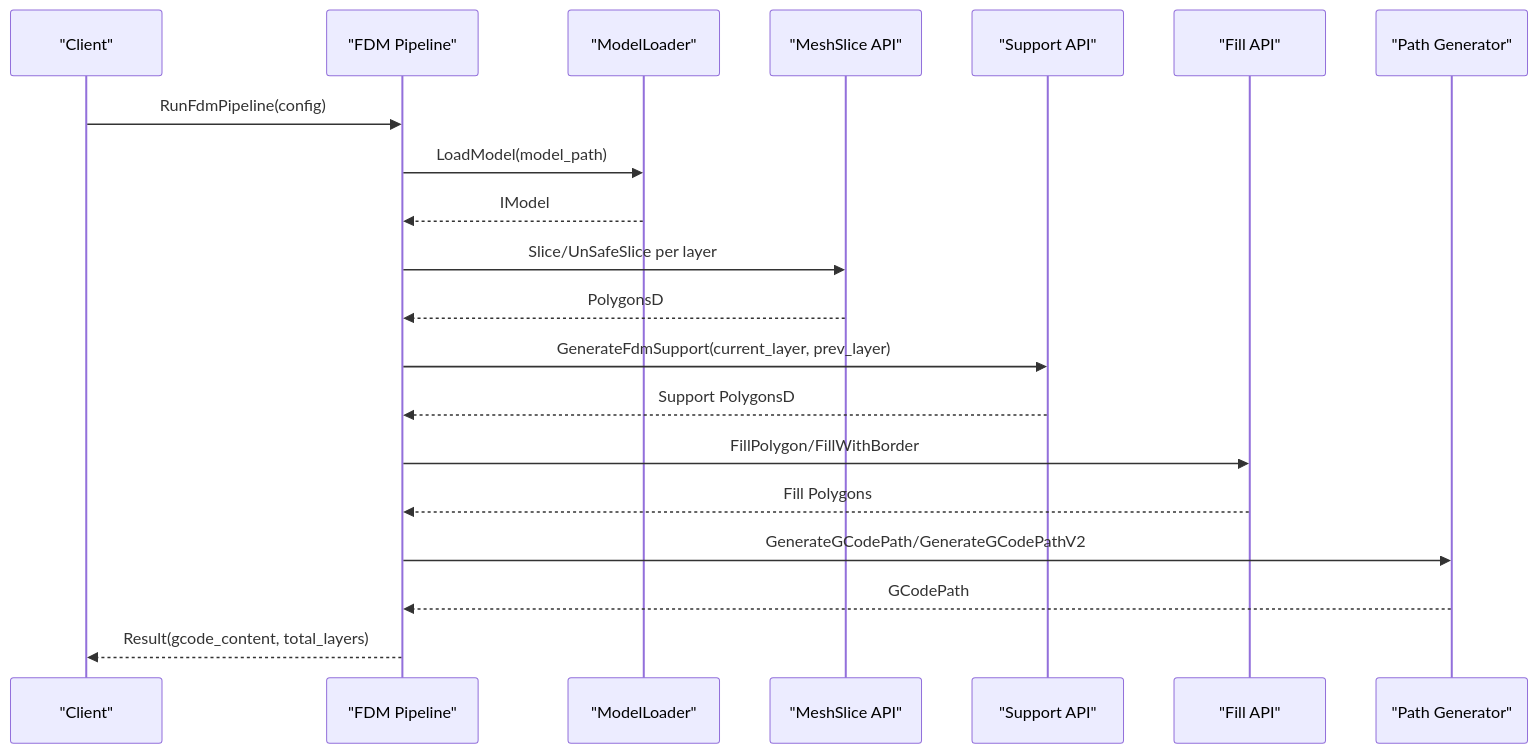
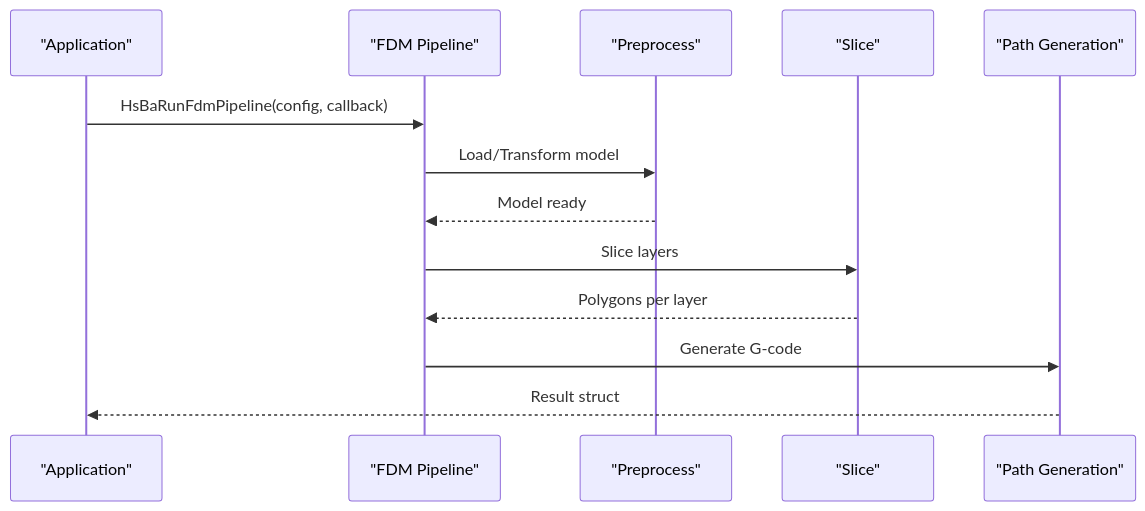
One commit to hsmbanlance/HsBaSlicer changed the eighth of 9 diagrams in .qoder/repowiki/en/content/Core Concepts.md. Above: the diagram before and after it, drawn with Mermaid. The commit also changed other lines of this file and 1095 other files, not shown here.

````diff
--- a/.qoder/repowiki/en/content/Core Concepts.md
+++ b/.qoder/repowiki/en/content/Core Concepts.md
@@ -374,22 +400,15 @@
 ```mermaid
 sequenceDiagram
-participant Client as "Client"
+participant App as "Application"
 participant FDM as "FDM Pipeline"
-participant Loader as "ModelLoader"
-participant Slice as "MeshSlice API"
-participant Support as "Support API"
-participant Fill as "Fill API"
-participant Path as "Path Generator"
-Client->>FDM : RunFdmPipeline(config)
-FDM->>Loader : LoadModel(model_path)
-Loader-->>FDM : IModel
-FDM->>Slice : Slice/UnSafeSlice per layer
-Slice-->>FDM : PolygonsD
-FDM->>Support : GenerateFdmSupport(current_layer, prev_layer)
-Support-->>FDM : Support PolygonsD
-FDM->>Fill : FillPolygon/FillWithBorder
-Fill-->>FDM : Fill Polygons
-FDM->>Path : GenerateGCodePath/GenerateGCodePathV2
-Path-->>FDM : GCodePath
-FDM-->>Client : Result(gcode_content, total_layers)
+participant Pre as "Preprocess"
+participant Slice as "Slice"
+participant Path as "Path Generation"
+App->>FDM : HsBaRunFdmPipeline(config, callback)
+FDM->>Pre : Load/Transform model
+Pre-->>FDM : Model ready
+FDM->>Slice : Slice layers
+Slice-->>FDM : Polygons per layer
+FDM->>Path : Generate G-code
+Path-->>App : Result struct
 ```
````
